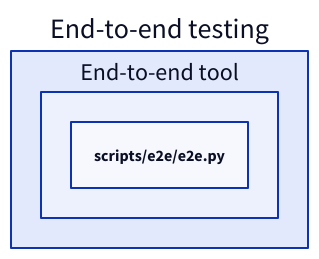
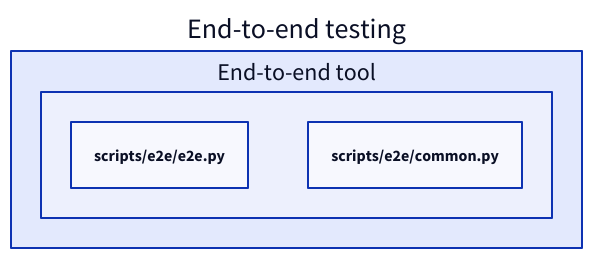
Before and after one commit to FTOD/concorde: the first of 2 diagrams in specs/concorde/e2e/module.md, drawn with D2. The commit also changed other lines of this file and 22 other files, not shown here.

````diff
--- a/specs/concorde/e2e/module.md
+++ b/specs/concorde/e2e/module.md
@@ -129,7 +134,8 @@
 ```d2
 e2e: End-to-end testing {
   tool: End-to-end tool {
     "scripts/e2e/e2e.py"
+    "scripts/e2e/common.py"
   }
 }
 ```
````
